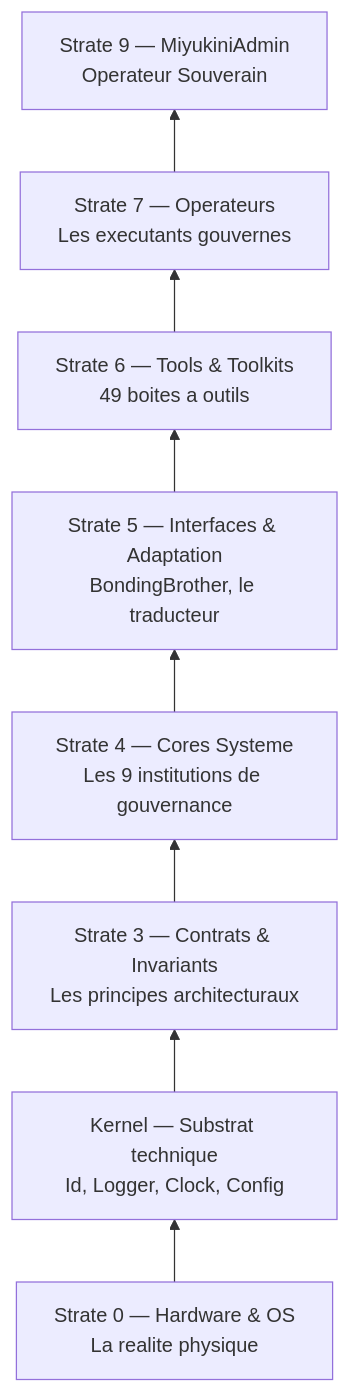
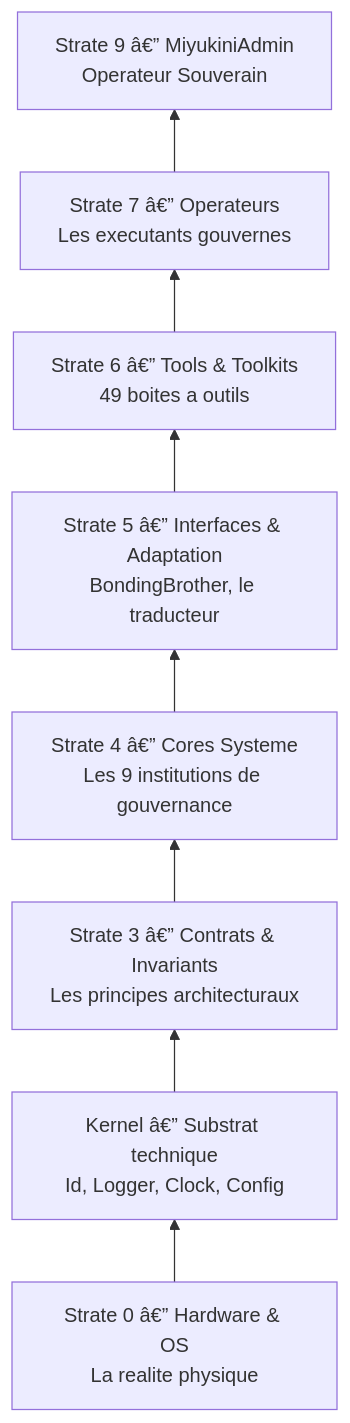
One commit to StudioMiyukini/miyukini_cog changed the first of 6 diagrams in README.md. Above: the diagram before and after it, drawn with Mermaid. The commit also changed other lines of this file and 1287 other files, not shown here.

````diff
--- a/README.md
+++ b/README.md
@@ -238,19 +238,19 @@
 ```mermaid
 graph BT
-    S0["Strate 0 — Hardware & OS<br/>La realite physique"]
-    SK["Kernel — Substrat technique<br/>Id, Logger, Clock, Config"]
-    S3["Strate 3 — Contrats & Invariants<br/>Les principes architecturaux"]
-    S4["Strate 4 — Cores Systeme<br/>Les 9 institutions de gouvernance"]
-    S5["Strate 5 — Interfaces & Adaptation<br/>BondingBrother, le traducteur"]
-    S6["Strate 6 — Tools & Toolkits<br/>49 boites a outils"]
-    S7["Strate 7 — Operateurs<br/>Les executants gouvernes"]
-    S9["Strate 9 — MiyukiniAdmin<br/>Operateur Souverain"]
+    S0["Strate 0 â€” Hardware & OS<br/>La realite physique"]
+    SK["Kernel â€” Substrat technique<br/>Id, Logger, Clock, Config"]
+    S3["Strate 3 â€” Contrats & Invariants<br/>Les principes architecturaux"]
+    S4["Strate 4 â€” Cores Systeme<br/>Les 9 institutions de gouvernance"]
+    S5["Strate 5 â€” Interfaces & Adaptation<br/>BondingBrother, le traducteur"]
+    S6["Strate 6 â€” Tools & Toolkits<br/>49 boites a outils"]
+    S7["Strate 7 â€” Operateurs<br/>Les executants gouvernes"]
+    S9["Strate 9 â€” MiyukiniAdmin<br/>Operateur Souverain"]
 
     S0 --> SK
     SK --> S3
     S3 --> S4
     S4 --> S5
     S5 --> S6
     S6 --> S7
     S7 --> S9
 ```
````
